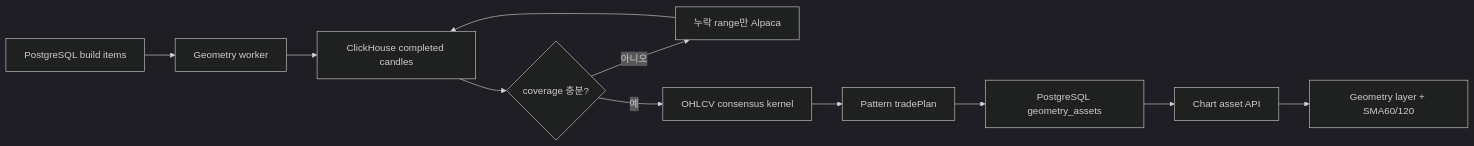
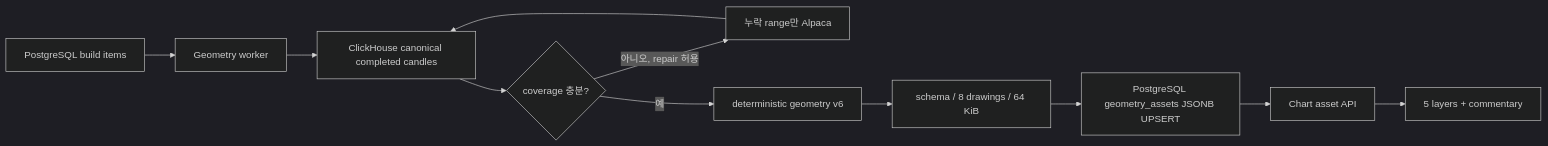
Before and after one commit to seunglee10/GOPS-BE: the diagram in docs/CHART_ANALYSIS_ASSETS.md, drawn with Mermaid (dark theme). The commit also changed other lines of this file and 27 other files, not shown here.

Commit message:
feat: enhance chart geometry assets

````diff
--- a/docs/CHART_ANALYSIS_ASSETS.md
+++ b/docs/CHART_ANALYSIS_ASSETS.md
@@ -50,13 +84,13 @@
 ```mermaid
 flowchart LR
   PGQ["PostgreSQL build items"] --> Worker["Geometry worker"]
-  Worker --> CH["ClickHouse completed candles"]
+  Worker --> CH["ClickHouse canonical completed candles"]
   CH --> Gap{"coverage 충분?"}
-  Gap -- "아니오" --> Alpaca["누락 range만 Alpaca"]
+  Gap -- "아니오, repair 허용" --> Alpaca["누락 range만 Alpaca"]
   Alpaca --> CH
-  Gap -- "예" --> Kernel["OHLCV consensus kernel"]
-  Kernel --> Plan["Pattern tradePlan"]
-  Plan --> PG["PostgreSQL geometry_assets"]
+  Gap -- "예" --> Kernel["deterministic geometry v6"]
+  Kernel --> Guard["schema / 8 drawings / 64 KiB"]
+  Guard --> PG["PostgreSQL geometry_assets JSONB UPSERT"]
   PG --> API["Chart asset API"]
-  API --> UI["Geometry layer + SMA60/120"]
+  API --> UI["5 layers + commentary"]
 ```
````
